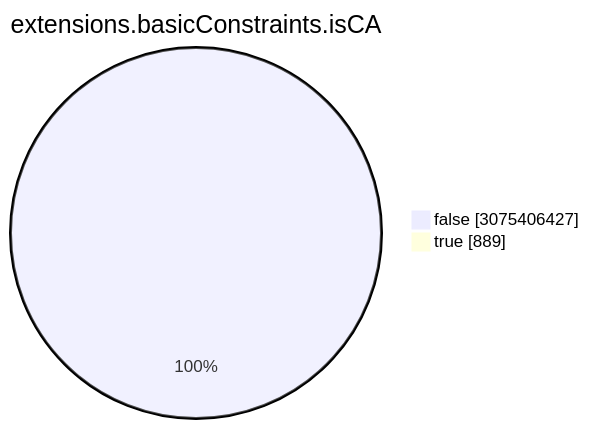
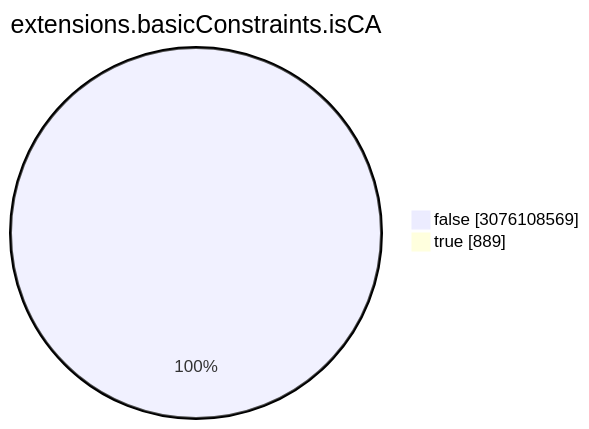
One commit to christiankrug/ctmonitor_visualization changed the seventh of 15 diagrams in TOTAL/README.md. Above: the diagram before and after it, drawn with Mermaid. The commit also changed other lines of this file, not shown here.

````diff
--- a/TOTAL/README.md
+++ b/TOTAL/README.md
@@ -3088,6 +3088,6 @@
 ```mermaid
 pie showData
 title extensions.basicConstraints.isCA
-"false" :3075406427
+"false" :3076108569
 "true" :889
 ```
````
